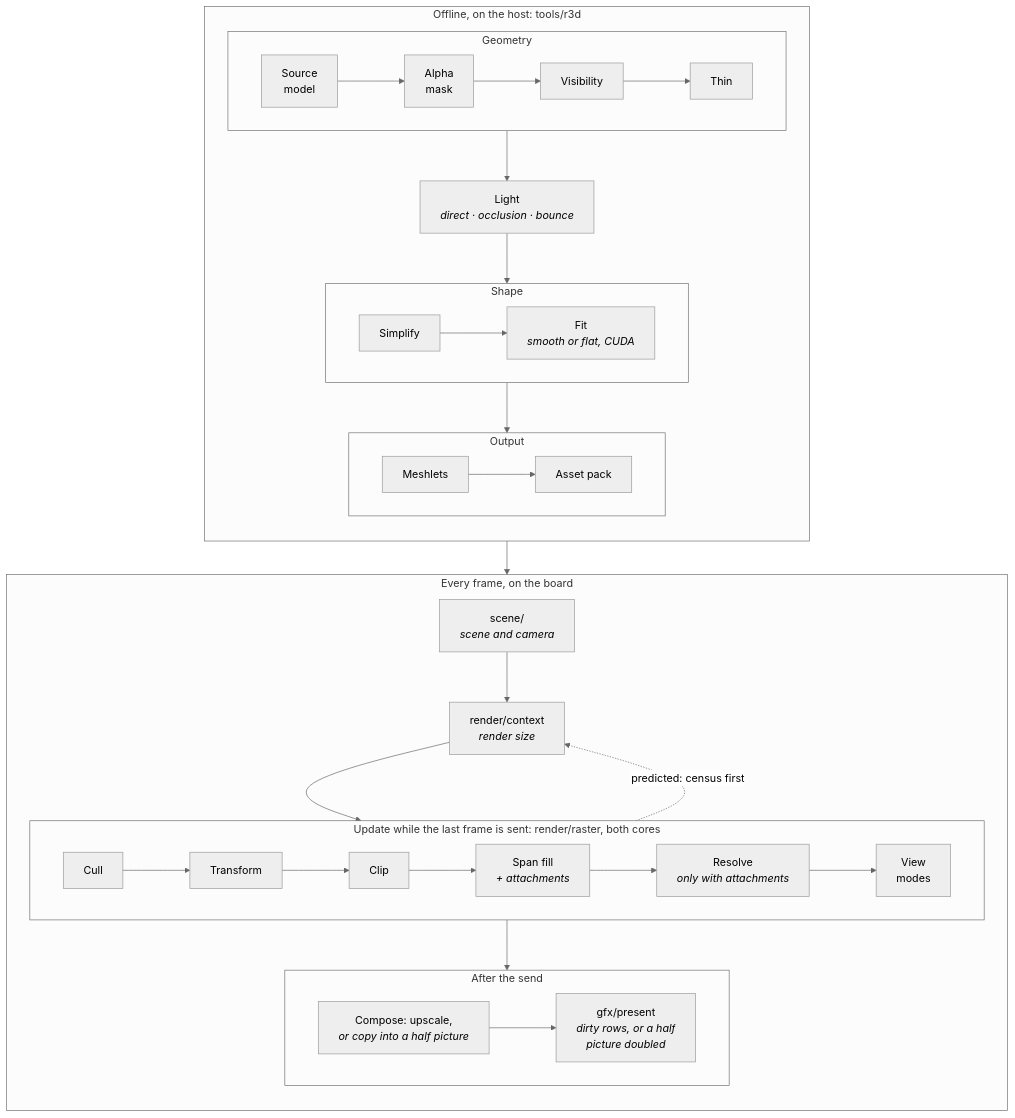
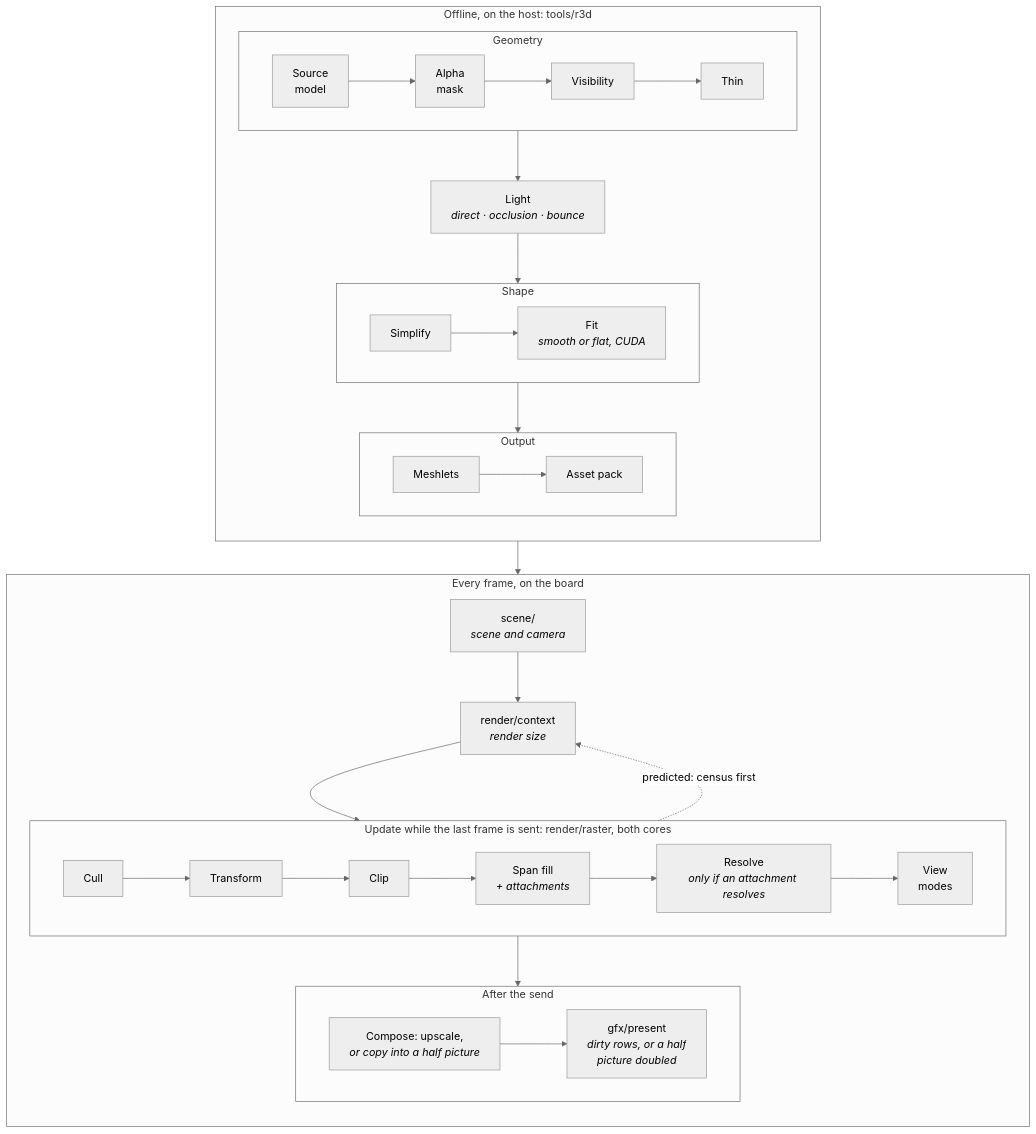
The diagram in docs/render/Render-Pipeline.md (jose-villegas/autana), drawn with Mermaid (neutral theme) before and after one commit. The commit also changed other lines of this file and 15 other files, not shown here.

Commit message:
render: fix frame stage charts and charge debug views

````diff
--- a/docs/render/Render-Pipeline.md
+++ b/docs/render/Render-Pipeline.md
@@ -20,36 +20,36 @@
 ```mermaid
 flowchart TB
     subgraph Host["Offline, on the host: tools/r3d"]
         direction TB
         subgraph Geometry["Geometry"]
             direction LR
             Src["Source<br/>model"] --> Mask["Alpha<br/>mask"] --> Vis["Visibility"] --> Thin["Thin"]
         end
         Light["Light<br/><i>direct · occlusion · bounce</i>"]
         subgraph Shape["Shape"]
             direction LR
             Simp["Simplify"] --> Fit["Fit<br/><i>smooth or flat, CUDA</i>"]
         end
         subgraph Output["Output"]
             direction LR
             Mesh["Meshlets"] --> Pack["Asset pack"]
         end
         Geometry --> Light --> Shape --> Output
     end
     subgraph Board["Every frame, on the board"]
         direction TB
         Scene["scene/<br/><i>scene and camera</i>"] --> Size["render/context<br/><i>render size</i>"]
         subgraph Update["Update while the last frame is sent: render/raster, both cores"]
             direction LR
-            Cull["Cull"] --> Xf["Transform"] --> Clip["Clip"] --> Fill["Span fill<br/><i>+ attachments</i>"] --> Res["Resolve<br/><i>only with attachments</i>"] --> View["View<br/>modes"]
+            Cull["Cull"] --> Xf["Transform"] --> Clip["Clip"] --> Fill["Span fill<br/><i>+ attachments</i>"] --> Res["Resolve<br/><i>only if an attachment resolves</i>"] --> View["View<br/>modes"]
         end
         subgraph After["After the send"]
             direction LR
             Up["Compose: upscale,<br/><i>or copy into a half picture</i>"] --> Present["gfx/present<br/><i>dirty rows, or a half<br/>picture doubled</i>"]
         end
         Size --> Update
         Update -. "predicted: census first" .-> Size
         Update --> After
     end
     Output --> Board
 ```
````
